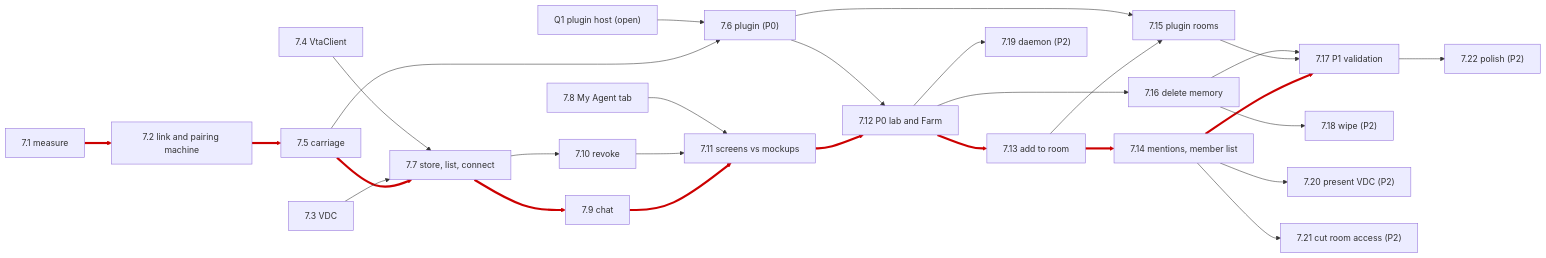
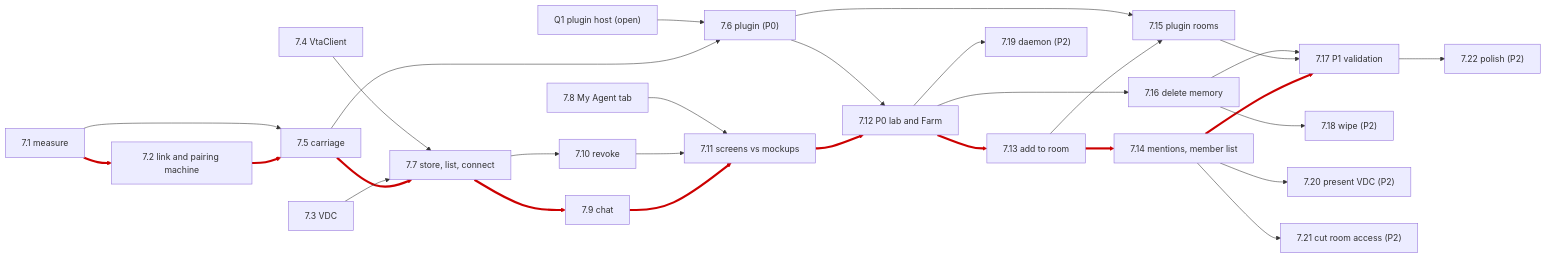
One commit to berkmancenter/keyring-wallet changed the fourth of 4 diagrams in docs/plans/agent-connect-plan.md. Above: the diagram before and after it, drawn with Mermaid. The commit also changed other lines of this file and 1 other file, not shown here.

````diff
--- a/docs/plans/agent-connect-plan.md
+++ b/docs/plans/agent-connect-plan.md
@@ -944,54 +965,55 @@
 ```mermaid
 flowchart LR
   Q1["Q1 plugin host (open)"]
   p1["7.1 measure"]
   p2["7.2 link and pairing machine"]
   p3["7.3 VDC"]
   p4["7.4 VtaClient"]
   p5["7.5 carriage"]
   p6["7.6 plugin (P0)"]
   p7["7.7 store, list, connect"]
   p8["7.8 My Agent tab"]
   p9["7.9 chat"]
   p10["7.10 revoke"]
   p11["7.11 screens vs mockups"]
   p12["7.12 P0 lab and Farm"]
   p13["7.13 add to room"]
   p14["7.14 mentions, member list"]
   p15["7.15 plugin rooms"]
   p16["7.16 delete memory"]
   p17["7.17 P1 validation"]
   p18["7.18 wipe (P2)"]
   p19["7.19 daemon (P2)"]
   p20["7.20 present VDC (P2)"]
   p21["7.21 cut room access (P2)"]
   p22["7.22 polish (P2)"]
   p1 --> p2
   p2 --> p5
   p5 --> p7
   p7 --> p9
   p9 --> p11
   p11 --> p12
   p3 --> p7
   p4 --> p7
   p7 --> p10
   p10 --> p11
   p8 --> p11
   p5 --> p6
   p6 --> p12
   Q1 --> p6
   p12 --> p13
   p13 --> p14
   p13 --> p15
   p6 --> p15
   p12 --> p16
   p14 --> p17
   p15 --> p17
   p16 --> p17
   p16 --> p18
   p14 --> p20
   p14 --> p21
   p17 --> p22
   p12 --> p19
+  p1 --> p5
   linkStyle 0,1,2,3,4,5,14,15,19 stroke:#c00,stroke-width:4px
 ```
````
